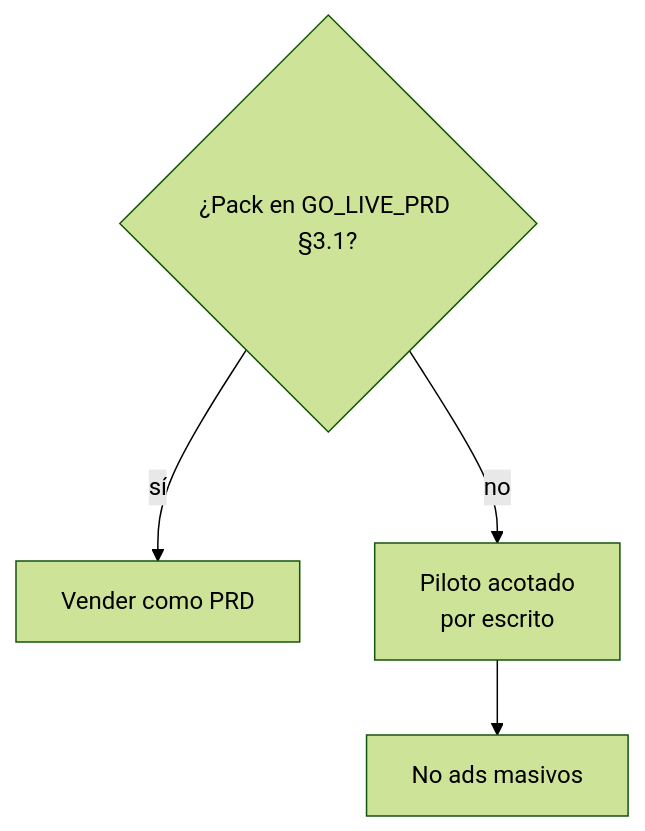
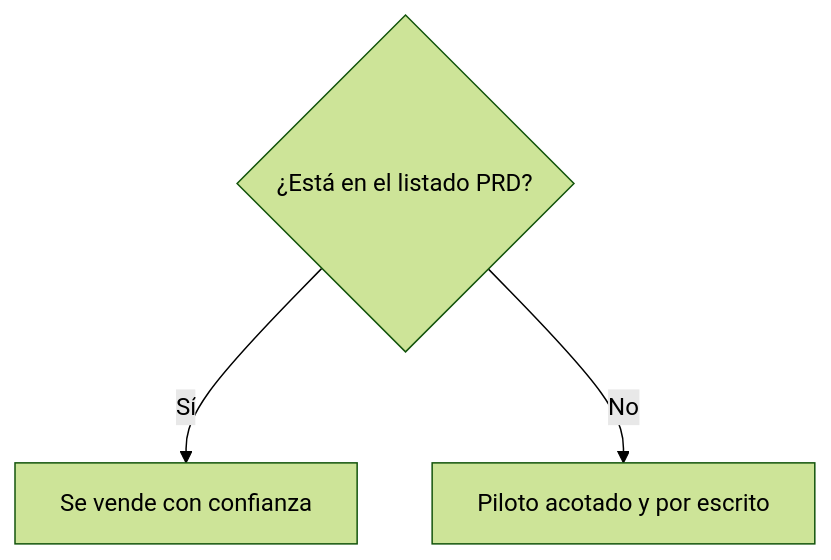
Before and after one commit to pablocla/erpia: the third of 3 diagrams in content/docs/room/flujo-go-live-cloud.mdx, drawn with Mermaid (forest theme). The commit also changed other lines of this file and 12 other files, not shown here.

````diff
--- a/content/docs/room/flujo-go-live-cloud.mdx
+++ b/content/docs/room/flujo-go-live-cloud.mdx
@@ -49,7 +62,6 @@
 ```mermaid
 flowchart TB
-  P{¿Pack en GO_LIVE_PRD §3.1?}
-  P -->|sí| V[Vender como PRD]
-  P -->|no| PI[Piloto acotado<br/>por escrito]
-  PI --> N[No ads masivos]
+  P{¿Está en el listado PRD?}
+  P -->|Sí| V[Se vende con confianza]
+  P -->|No| I[Piloto acotado y por escrito]
 ```
````
